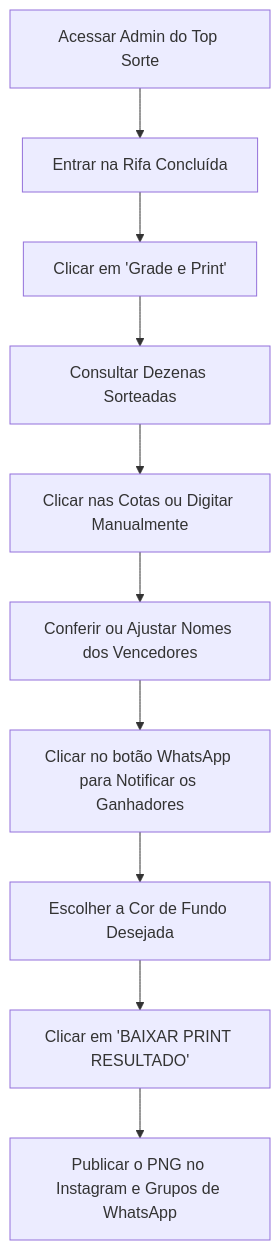
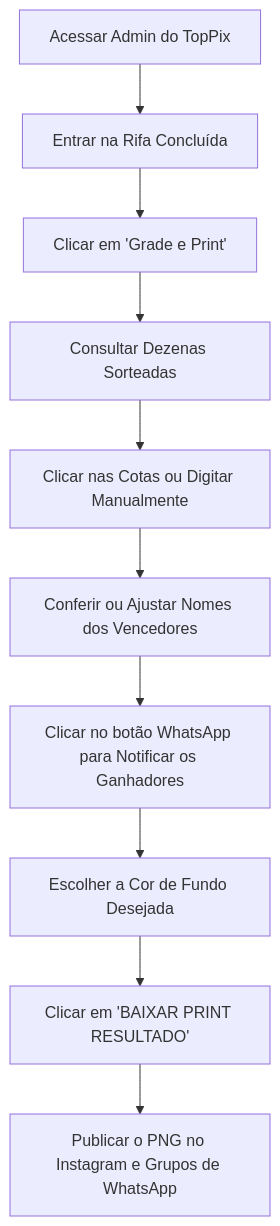
Before and after one commit to saudeftnes-bit/top-sorte-027: the diagram in DOCUMENTO_GRADE_E_PRINT.md, drawn with Mermaid. The commit also changed other lines of this file and 1 other file, not shown here.

Commit message:
fix(branding): corrigir textos de marca para TopPix na grade e print

````diff
--- a/DOCUMENTO_GRADE_E_PRINT.md
+++ b/DOCUMENTO_GRADE_E_PRINT.md
@@ -111,12 +111,12 @@
 ```mermaid
 flowchart TD
-    A[Acessar Admin do Top Sorte] --> B[Entrar na Rifa Concluída]
+    A[Acessar Admin do TopPix] --> B[Entrar na Rifa Concluída]
     B --> C[Clicar em 'Grade e Print']
     C --> D[Consultar Dezenas Sorteadas]
     D --> E[Clicar nas Cotas ou Digitar Manualmente]
     E --> F[Conferir ou Ajustar Nomes dos Vencedores]
     F --> G[Clicar no botão WhatsApp para Notificar os Ganhadores]
     G --> H[Escolher a Cor de Fundo Desejada]
     H --> I[Clicar em 'BAIXAR PRINT RESULTADO']
     I --> J[Publicar o PNG no Instagram e Grupos de WhatsApp]
 ```
````
